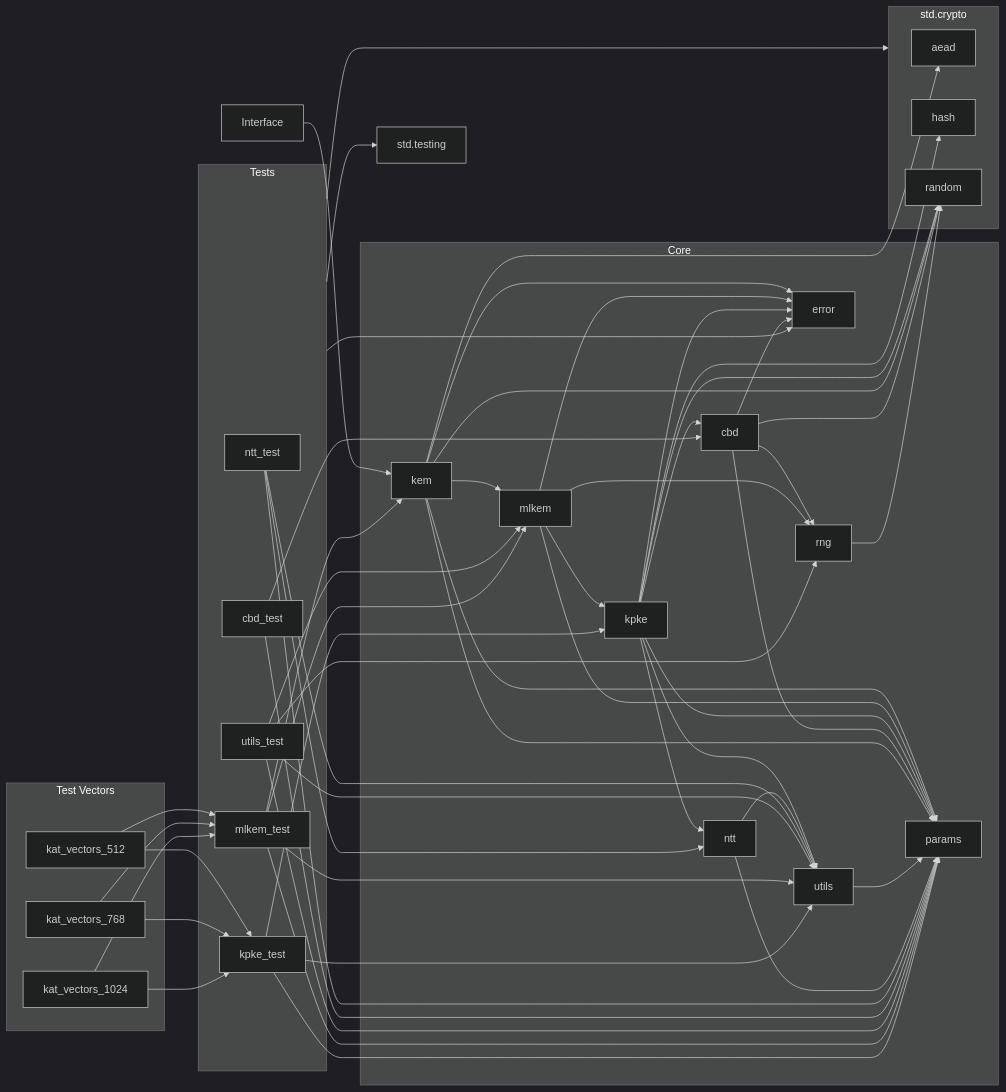
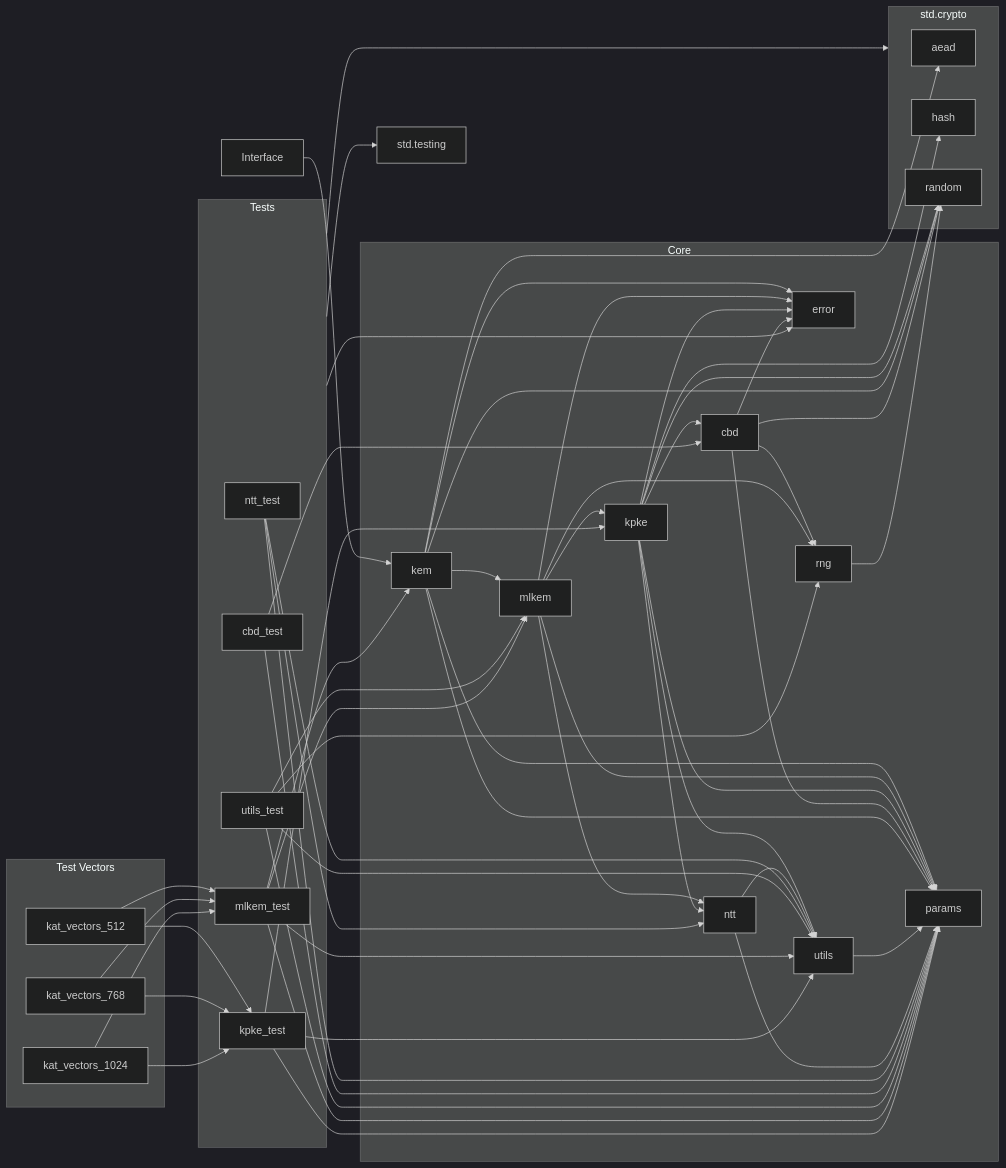
Before and after one commit to nshkrdotcom/zips: the diagram in README.md, drawn with Mermaid (dark theme).

Commit message:
udpate dep graph

```diff
--- a/README.md
+++ b/README.md
@@ -115,6 +115,7 @@
     kem --> mlkem
     kem --> params
     mlkem --> kpke
+    mlkem --> ntt
     mlkem --> params
     kpke --> ntt
     kpke --> cbd
```
